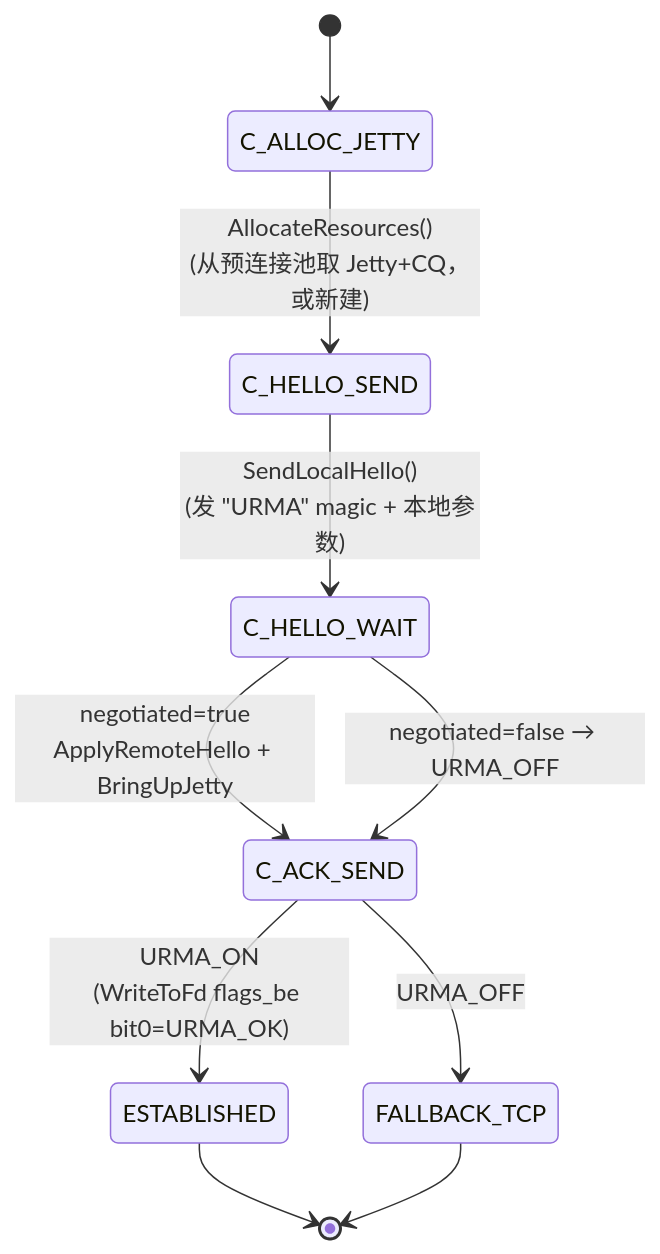
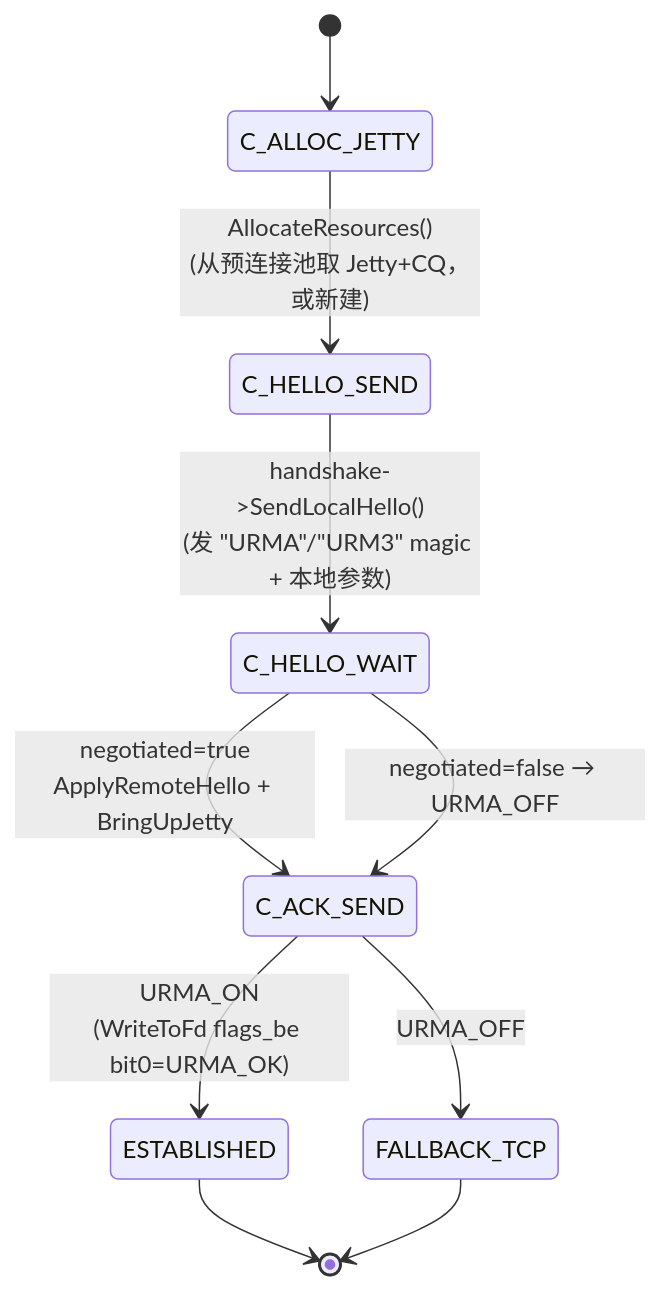
The fourth of 6 diagrams in docs/cn/urma_proposal.md (zchuang185/brpc), drawn with Mermaid before and after one commit. The commit also changed other lines of this file and 10 other files, not shown here.

````diff
--- a/docs/cn/urma_proposal.md
+++ b/docs/cn/urma_proposal.md
@@ -244,12 +244,12 @@
 ```mermaid
 stateDiagram-v2
     [*] --> C_ALLOC_JETTY
     C_ALLOC_JETTY --> C_HELLO_SEND: AllocateResources()<br/>(从预连接池取 Jetty+CQ，或新建)
-    C_HELLO_SEND --> C_HELLO_WAIT: SendLocalHello()<br/>(发 "URMA" magic + 本地参数)
+    C_HELLO_SEND --> C_HELLO_WAIT: handshake->SendLocalHello()<br/>(发 "URMA"/"URM3" magic + 本地参数)
     C_HELLO_WAIT --> C_ACK_SEND: negotiated=true<br/>ApplyRemoteHello + BringUpJetty
     C_HELLO_WAIT --> C_ACK_SEND: negotiated=false → URMA_OFF
     C_ACK_SEND --> ESTABLISHED: URMA_ON<br/>(WriteToFd flags_be bit0=URMA_OK)
     C_ACK_SEND --> FALLBACK_TCP: URMA_OFF
     ESTABLISHED --> [*]
     FALLBACK_TCP --> [*]
 ```
````
